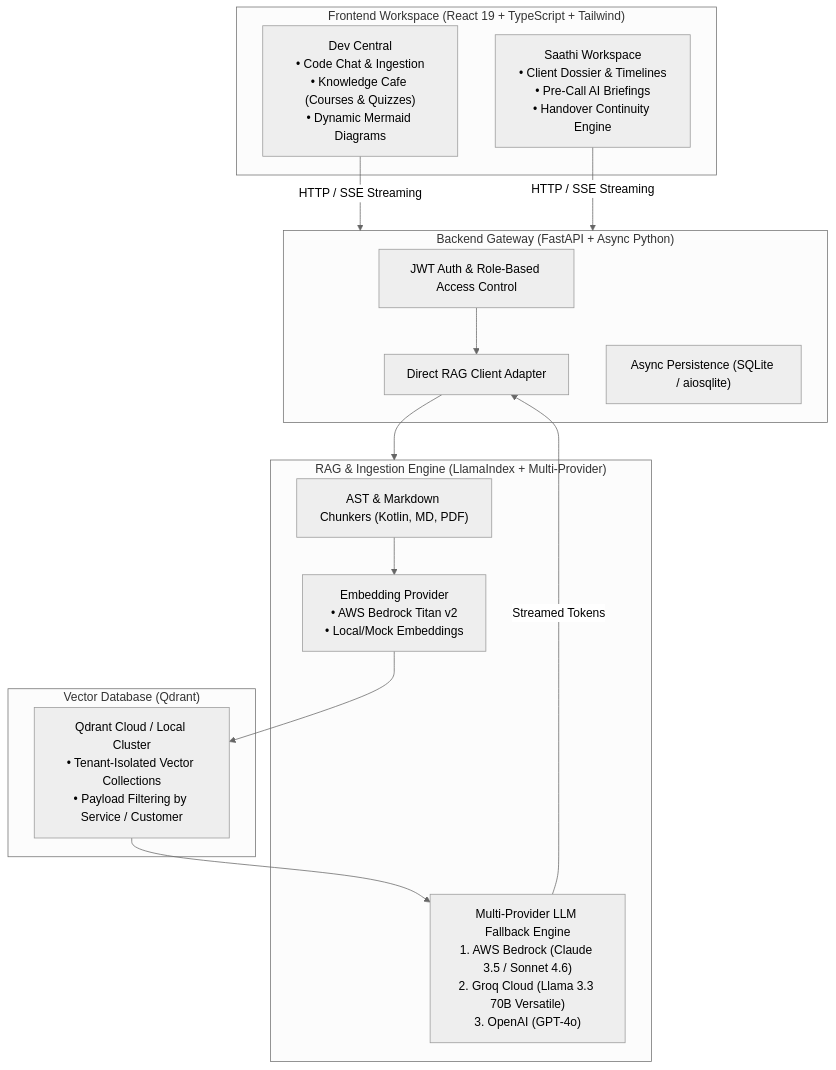
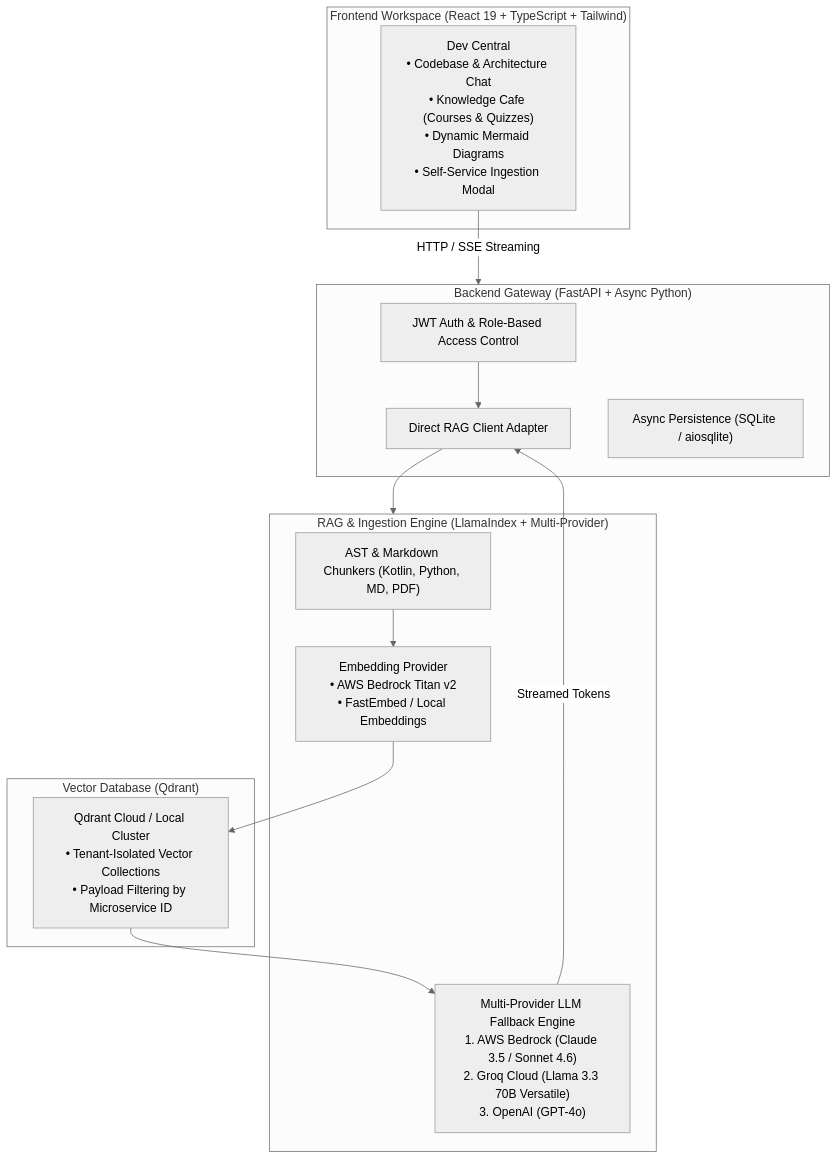
One commit to siddhantBhanot/context-foundry changed the diagram in README.md. Above: the diagram before and after it, drawn with Mermaid (neutral theme). The commit also changed other lines of this file and 39 other files, not shown here.

First line of the commit message:
refactor: streamline platform for Dev Central & bifurcate Saathi AI

````diff
--- a/README.md
+++ b/README.md
@@ -36,32 +31,30 @@
 ```mermaid
 graph TD
     subgraph Presentation_Layer ["Frontend Workspace (React 19 + TypeScript + Tailwind)"]
-        UI_Dev["Dev Central<br/>• Code Chat & Ingestion<br/>• Knowledge Cafe (Courses & Quizzes)<br/>• Dynamic Mermaid Diagrams"]
-        UI_Saathi["Saathi Workspace<br/>• Client Dossier & Timelines<br/>• Pre-Call AI Briefings<br/>• Handover Continuity Engine"]
+        UI_Dev["Dev Central<br/>• Codebase & Architecture Chat<br/>• Knowledge Cafe (Courses & Quizzes)<br/>• Dynamic Mermaid Diagrams<br/>• Self-Service Ingestion Modal"]
     end
 
     subgraph API_Layer ["Backend Gateway (FastAPI + Async Python)"]
         Auth["JWT Auth & Role-Based Access Control"]
         DirectAdapter["Direct RAG Client Adapter"]
         SQLiteRepo["Async Persistence (SQLite / aiosqlite)"]
     end
 
     subgraph RAG_Engine ["RAG & Ingestion Engine (LlamaIndex + Multi-Provider)"]
-        Chunker["AST & Markdown Chunkers (Kotlin, MD, PDF)"]
-        Embedder["Embedding Provider<br/>• AWS Bedrock Titan v2<br/>• Local/Mock Embeddings"]
+        Chunker["AST & Markdown Chunkers (Kotlin, Python, MD, PDF)"]
+        Embedder["Embedding Provider<br/>• AWS Bedrock Titan v2<br/>• FastEmbed / Local Embeddings"]
         FallbackLLM["Multi-Provider LLM Fallback Engine<br/>1. AWS Bedrock (Claude 3.5 / Sonnet 4.6)<br/>2. Groq Cloud (Llama 3.3 70B Versatile)<br/>3. OpenAI (GPT-4o)"]
     end
 
     subgraph Vector_Storage ["Vector Database (Qdrant)"]
-        QdrantStore["Qdrant Cloud / Local Cluster<br/>• Tenant-Isolated Vector Collections<br/>• Payload Filtering by Service / Customer"]
+        QdrantStore["Qdrant Cloud / Local Cluster<br/>• Tenant-Isolated Vector Collections<br/>• Payload Filtering by Microservice ID"]
     end
 
     UI_Dev -->|HTTP / SSE Streaming| API_Layer
-    UI_Saathi -->|HTTP / SSE Streaming| API_Layer
     Auth --> DirectAdapter
     DirectAdapter --> RAG_Engine
     Chunker --> Embedder
     Embedder --> QdrantStore
     QdrantStore --> FallbackLLM
     FallbackLLM -->|Streamed Tokens| DirectAdapter
 ```
````
